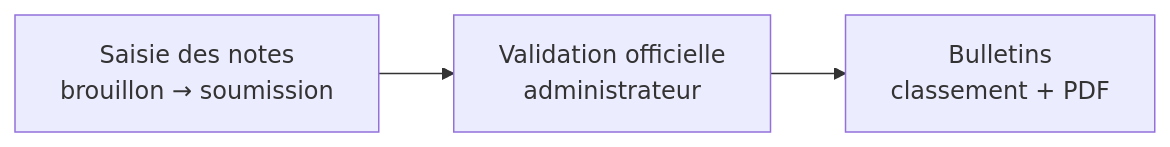
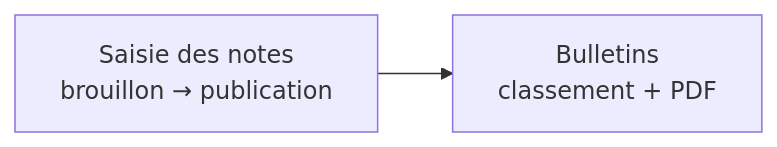
Before and after one commit to fordimalanda/kotaschool-frontend: the diagram in README.md, drawn with Mermaid. The commit also changed other lines of this file and 6 other files, not shown here.

Commit message:
refactor: update terminology from evaluations to publication in grades entry and dashboard; remove validation page

````diff
--- a/README.md
+++ b/README.md
@@ -88,5 +85,4 @@
 ```mermaid
 flowchart LR
-    Enseignant[Saisie des notes<br/>brouillon → soumission] --> Admin[Validation officielle<br/>administrateur]
-    Admin --> Bulletins[Bulletins<br/>classement + PDF]
+    Enseignant[Saisie des notes<br/>brouillon → publication] --> Bulletins[Bulletins<br/>classement + PDF]
 ```
````
